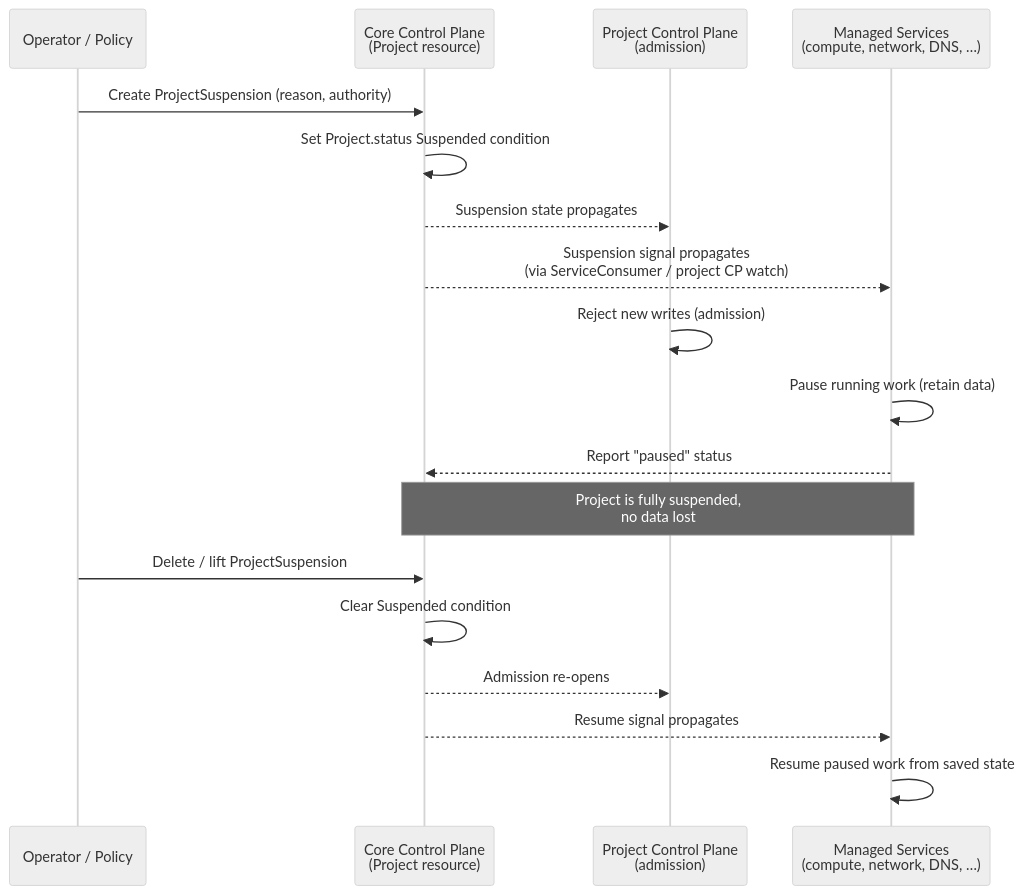
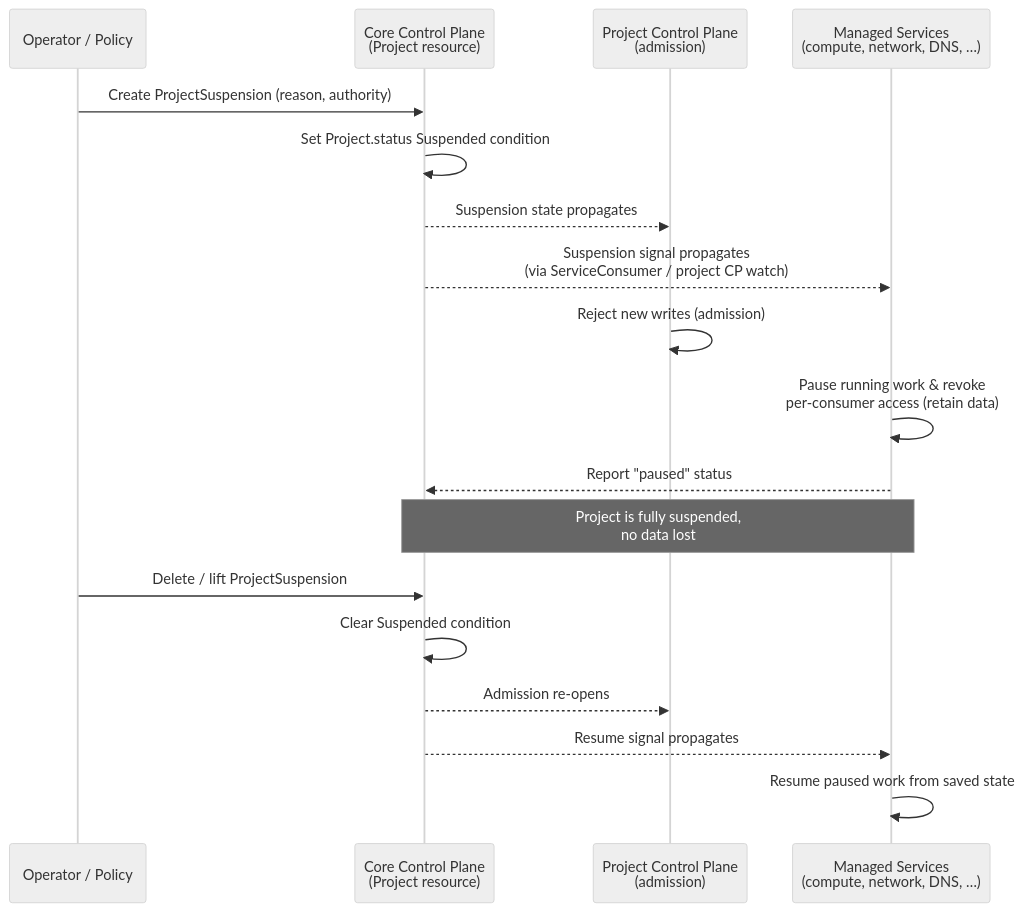
The first of 2 diagrams in enhancements/platform/project-suspension/README.md (datum-cloud/enhancements), drawn with Mermaid (neutral theme) before and after one commit. The commit also changed other lines of this file and 2 other files, not shown here.

````diff
--- a/enhancements/platform/project-suspension/README.md
+++ b/enhancements/platform/project-suspension/README.md
@@ -173,22 +173,22 @@
 ```mermaid
 sequenceDiagram
     participant Op as Operator / Policy
     participant CP as Core Control Plane<br/>(Project resource)
     participant Adm as Project Control Plane<br/>(admission)
     participant Svc as Managed Services<br/>(compute, network, DNS, …)
 
     Op->>CP: Create ProjectSuspension (reason, authority)
     CP->>CP: Set Project.status Suspended condition
     CP-->>Adm: Suspension state propagates
     CP-->>Svc: Suspension signal propagates<br/>(via ServiceConsumer / project CP watch)
     Adm->>Adm: Reject new writes (admission)
-    Svc->>Svc: Pause running work (retain data)
+    Svc->>Svc: Pause running work & revoke<br/>per-consumer access (retain data)
     Svc-->>CP: Report "paused" status
     Note over CP,Svc: Project is fully suspended,<br/>no data lost
 
     Op->>CP: Delete / lift ProjectSuspension
     CP->>CP: Clear Suspended condition
     CP-->>Adm: Admission re-opens
     CP-->>Svc: Resume signal propagates
     Svc->>Svc: Resume paused work from saved state
 ```
````
